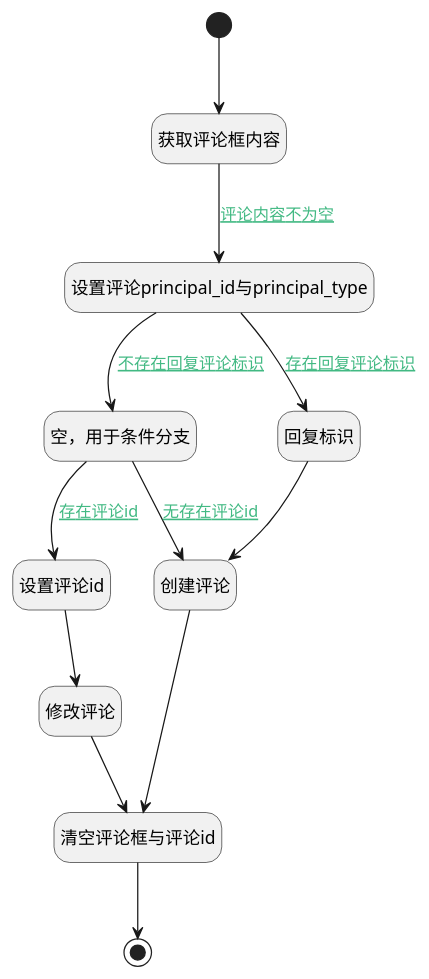
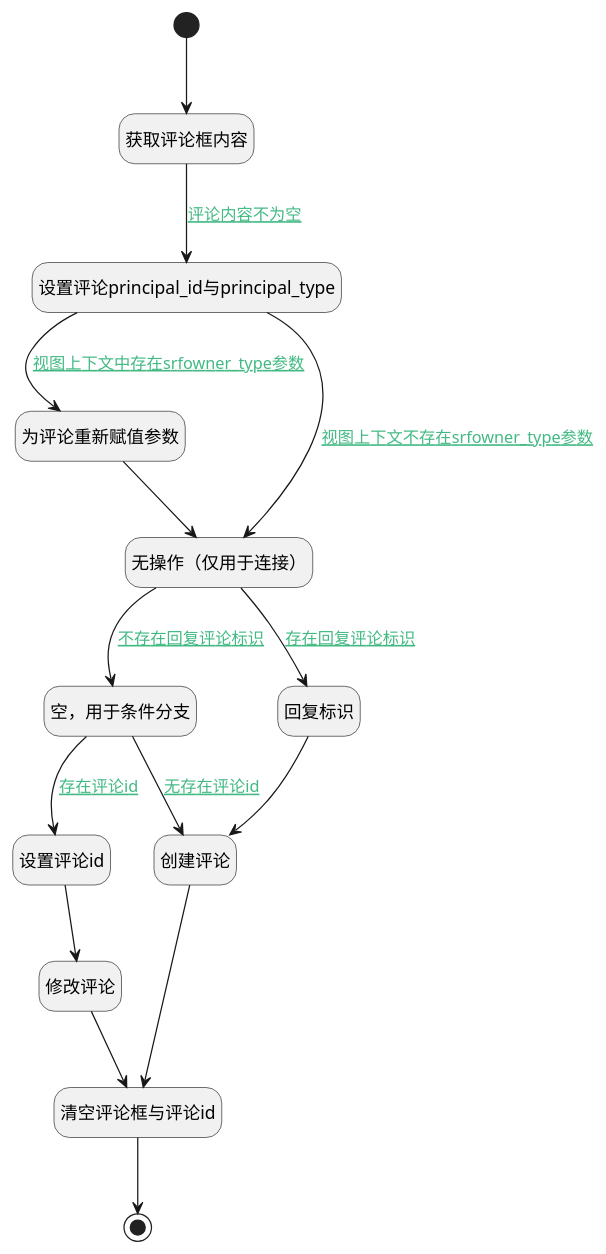
Before and after one commit to iBizLab/plm: the diagram in doc/docsify/module/Base/comment/uilogic/send_comment.md, drawn with PlantUML. The commit also changed other lines of this file and 2688 other files, not shown here.

````diff
--- a/doc/docsify/module/Base/comment/uilogic/send_comment.md
+++ b/doc/docsify/module/Base/comment/uilogic/send_comment.md
@@ -7,37 +7,42 @@
 ```plantuml
 @startuml
 hide footbox
 <style>
 root {
   HyperlinkColor #42b983
 }
 </style>
 
 hide empty description
 state "开始" as Begin <<start>> [[$./send_comment#begin {开始}]]
+state "获取评论框内容" as RAWJSCODE1  [[$./send_comment#rawjscode1 {获取评论框内容}]]
+state "为评论重新赋值参数" as PREPAREJSPARAM6  [[$./send_comment#preparejsparam6 {为评论重新赋值参数}]]
+state "清空评论框与评论id" as RAWJSCODE2  [[$./send_comment#rawjscode2 {清空评论框与评论id}]]
+state "设置评论id" as PREPAREJSPARAM3  [[$./send_comment#preparejsparam3 {设置评论id}]]
+state "设置评论principal_id与principal_type" as PREPAREJSPARAM1  [[$./send_comment#preparejsparam1 {设置评论principal_id与principal_type}]]
+state "无操作（仅用于连接）" as PREPAREJSPARAM5  [[$./send_comment#preparejsparam5 {无操作（仅用于连接）}]]
+state "空，用于条件分支" as PREPAREJSPARAM4  [[$./send_comment#preparejsparam4 {空，用于条件分支}]]
 state "结束" as END1 <<end>> [[$./send_comment#end1 {结束}]]
-state "获取评论框内容" as RAWJSCODE1  [[$./send_comment#rawjscode1 {获取评论框内容}]]
 state "修改评论" as DEACTION3  [[$./send_comment#deaction3 {修改评论}]]
-state "空，用于条件分支" as PREPAREJSPARAM4  [[$./send_comment#preparejsparam4 {空，用于条件分支}]]
-state "设置评论principal_id与principal_type" as PREPAREJSPARAM1  [[$./send_comment#preparejsparam1 {设置评论principal_id与principal_type}]]
-state "清空评论框与评论id" as RAWJSCODE2  [[$./send_comment#rawjscode2 {清空评论框与评论id}]]
+state "回复标识" as PREPAREJSPARAM2  [[$./send_comment#preparejsparam2 {回复标识}]]
 state "创建评论" as DEACTION2  [[$./send_comment#deaction2 {创建评论}]]
-state "回复标识" as PREPAREJSPARAM2  [[$./send_comment#preparejsparam2 {回复标识}]]
-state "设置评论id" as PREPAREJSPARAM3  [[$./send_comment#preparejsparam3 {设置评论id}]]
 
 
 Begin --> RAWJSCODE1
 RAWJSCODE1 --> PREPAREJSPARAM1 : [[$./send_comment#rawjscode1-preparejsparam1{评论内容不为空} 评论内容不为空]]
-PREPAREJSPARAM1 --> PREPAREJSPARAM4 : [[$./send_comment#preparejsparam1-preparejsparam4{不存在回复评论标识} 不存在回复评论标识]]
+PREPAREJSPARAM1 --> PREPAREJSPARAM6 : [[$./send_comment#preparejsparam1-preparejsparam6{视图上下文中存在srfowner_type参数} 视图上下文中存在srfowner_type参数]]
+PREPAREJSPARAM6 --> PREPAREJSPARAM5
+PREPAREJSPARAM5 --> PREPAREJSPARAM4 : [[$./send_comment#preparejsparam5-preparejsparam4{不存在回复评论标识} 不存在回复评论标识]]
 PREPAREJSPARAM4 --> DEACTION2 : [[$./send_comment#preparejsparam4-deaction2{无存在评论id} 无存在评论id]]
 DEACTION2 --> RAWJSCODE2
 RAWJSCODE2 --> END1
 PREPAREJSPARAM4 --> PREPAREJSPARAM3 : [[$./send_comment#preparejsparam4-preparejsparam3{存在评论id} 存在评论id]]
 PREPAREJSPARAM3 --> DEACTION3
 DEACTION3 --> RAWJSCODE2
-PREPAREJSPARAM1 --> PREPAREJSPARAM2 : [[$./send_comment#preparejsparam1-preparejsparam2{存在回复评论标识} 存在回复评论标识]]
+PREPAREJSPARAM5 --> PREPAREJSPARAM2 : [[$./send_comment#preparejsparam5-preparejsparam2{存在回复评论标识} 存在回复评论标识]]
 PREPAREJSPARAM2 --> DEACTION2
+PREPAREJSPARAM1 --> PREPAREJSPARAM5 : [[$./send_comment#preparejsparam1-preparejsparam5{视图上下文不存在srfowner_type参数} 视图上下文不存在srfowner_type参数]]
 
 
 @enduml
 ```
````
